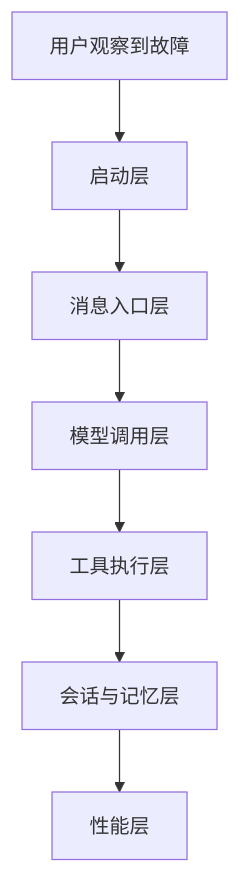
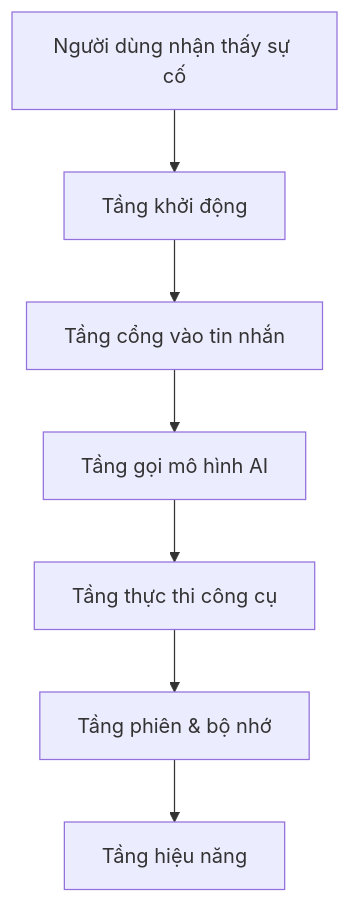
One commit to dino-edu/openclaw_guide changed the first of 7 diagrams in 15_troubleshooting_trees/15.1_diagnostic_decision_trees.md. Above: the diagram before and after it, drawn with Mermaid. The commit also changed other lines of this file and 19 other files, not shown here.

````diff
--- a/15_troubleshooting_trees/15.1_diagnostic_decision_trees.md
+++ b/15_troubleshooting_trees/15.1_diagnostic_decision_trees.md
@@ -16,9 +16,9 @@
 ```mermaid
 flowchart TD
-  S["用户观察到故障"] --> L1["启动层"]
-  L1 --> L2["消息入口层"]
-  L2 --> L3["模型调用层"]
-  L3 --> L4["工具执行层"]
-  L4 --> L5["会话与记忆层"]
-  L5 --> L6["性能层"]
+  S["Người dùng nhận thấy sự cố"] --> L1["Tầng khởi động"]
+  L1 --> L2["Tầng cổng vào tin nhắn"]
+  L2 --> L3["Tầng gọi mô hình AI"]
+  L3 --> L4["Tầng thực thi công cụ"]
+  L4 --> L5["Tầng phiên & bộ nhớ"]
+  L5 --> L6["Tầng hiệu năng"]
 ```
````
